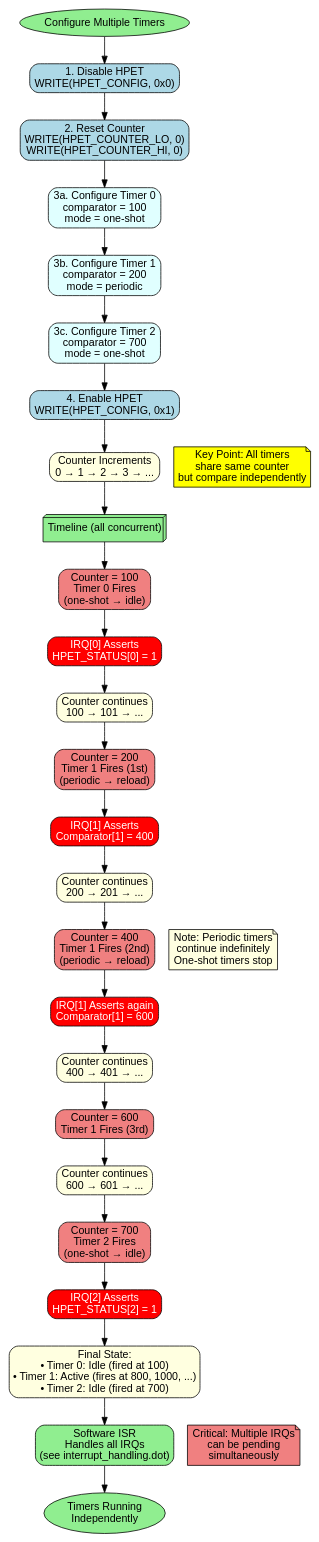
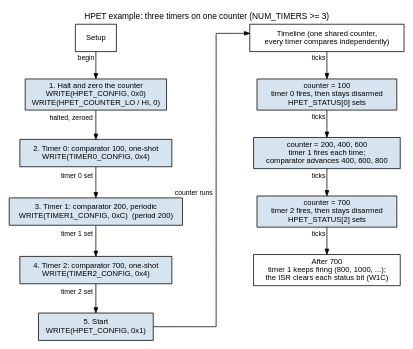
The diagram in projects/components/legacy-ip/retro_legacy_blocks/docs/hpet_mas/assets/graphviz/multi_timer_concurrent.dot (sean-galloway/RTLDesignSherpa), drawn with Graphviz before and after one commit. The commit also changed 323 other files, not shown here.

```diff
--- a/projects/components/legacy-ip/retro_legacy_blocks/docs/hpet_mas/assets/graphviz/multi_timer_concurrent.dot
+++ b/projects/components/legacy-ip/retro_legacy_blocks/docs/hpet_mas/assets/graphviz/multi_timer_concurrent.dot
@@ -1,92 +1,43 @@
-// HPET Multi-Timer Concurrent Operation
-// Render with: dot -Tpng multi_timer_concurrent.dot -o multi_timer_concurrent.png
+// HPET multi-timer example - a procedure plus a timeline, in the house
+// decision-tree vocabulary (white milestones, blue actions, every arrow
+// labeled). Setup on the left, the counter timeline on the right, so the
+// figure stays inside the 0.7 .. 2.5 aspect band. Needs NUM_TIMERS >= 3
+// (the default build has 2).
+digraph multi_timer_concurrent {
+    graph [rankdir=TB, bgcolor="white", fontname="Helvetica", fontsize=11,
+           nodesep="0.45", ranksep="0.50", splines=ortho, newrank=true,
+           label="HPET example: three timers on one counter (NUM_TIMERS >= 3)", labelloc=t, labeljust=c];
+    node  [fontname="Helvetica", fontsize=10, shape=box, style=filled,
+           fillcolor="#D6E4F0", color="black", margin="0.12,0.06"];
+    edge  [fontname="Helvetica", fontsize=9, color="black", arrowsize=0.7];
+    s0 [group=A, label="Setup", fillcolor="white"];
+    s1 [group=A, label="1. Halt and zero the counter\nWRITE(HPET_CONFIG, 0x0)\nWRITE(HPET_COUNTER_LO / HI, 0)"];
+    s2 [group=A, label="2. Timer 0: comparator 100, one-shot\nWRITE(TIMER0_CONFIG, 0x4)"];
+    s3 [group=A, label="3. Timer 1: comparator 200, periodic\nWRITE(TIMER1_CONFIG, 0xC)  (period 200)"];
+    s4 [group=A, label="4. Timer 2: comparator 700, one-shot\nWRITE(TIMER2_CONFIG, 0x4)"];
+    s5 [group=A, label="5. Start\nWRITE(HPET_CONFIG, 0x1)"];
 
-digraph multi_timer_concurrent {
-    rankdir=TB;
-    node [shape=box, style="rounded,filled", fillcolor=lightblue, fontname="Arial"];
-    edge [fontname="Arial"];
+    t0 [group=B, label="Timeline (one shared counter,\nevery timer compares independently)", fillcolor="white"];
+    t1 [group=B, label="counter = 100\ntimer 0 fires, then stays disarmed\nHPET_STATUS[0] sets"];
+    t2 [group=B, label="counter = 200, 400, 600\ntimer 1 fires each time;\ncomparator advances 400, 600, 800"];
+    t3 [group=B, label="counter = 700\ntimer 2 fires, then stays disarmed\nHPET_STATUS[2] sets"];
+    t4 [group=B, label="After 700\ntimer 1 keeps firing (800, 1000, ...);\nthe ISR clears each status bit (W1C)", fillcolor="white"];
 
-    start [label="Configure Multiple Timers", shape=ellipse, fillcolor=lightgreen];
+    s0 -> s1 [xlabel="begin"];
+    s1 -> s2 [xlabel="halted, zeroed"];
+    s2 -> s3 [xlabel="timer 0 set"];
+    s3 -> s4 [xlabel="timer 1 set"];
+    s4 -> s5 [xlabel="timer 2 set"];
+    s5 -> t0 [xlabel="counter runs", constraint=false];
+    t0 -> t1 [xlabel="ticks"];
+    t1 -> t2 [xlabel="ticks"];
+    t2 -> t3 [xlabel="ticks"];
+    t3 -> t4 [xlabel="ticks"];
 
-    start -> disable_all;
-
-    disable_all [label="1. Disable HPET\nWRITE(HPET_CONFIG, 0x0)"];
-    disable_all -> reset_counter;
-
-    reset_counter [label="2. Reset Counter\nWRITE(HPET_COUNTER_LO, 0)\nWRITE(HPET_COUNTER_HI, 0)"];
-    reset_counter -> config_timer0;
-
-    config_timer0 [label="3a. Configure Timer 0\ncomparator = 100\nmode = one-shot", fillcolor=lightcyan];
-    config_timer0 -> config_timer1;
-
-    config_timer1 [label="3b. Configure Timer 1\ncomparator = 200\nmode = periodic", fillcolor=lightcyan];
-    config_timer1 -> config_timer2;
-
-    config_timer2 [label="3c. Configure Timer 2\ncomparator = 700\nmode = one-shot", fillcolor=lightcyan];
-    config_timer2 -> enable_hpet;
-
-    enable_hpet [label="4. Enable HPET\nWRITE(HPET_CONFIG, 0x1)"];
-    enable_hpet -> counter_runs;
-
-    counter_runs [label="Counter Increments\n0 → 1 → 2 → 3 → ...", fillcolor=lightyellow];
-    counter_runs -> timeline;
-
-    timeline [label="Timeline (all concurrent)", shape=box3d, fillcolor=lightgreen];
-    timeline -> timer0_fires;
-
-    timer0_fires [label="Counter = 100\nTimer 0 Fires\n(one-shot → idle)", fillcolor=lightcoral];
-    timer0_fires -> irq0;
-
-    irq0 [label="IRQ[0] Asserts\nHPET_STATUS[0] = 1", fillcolor=red, fontcolor=white];
-    irq0 -> continue1;
-
-    continue1 [label="Counter continues\n100 → 101 → ...", fillcolor=lightyellow];
-    continue1 -> timer1_fires;
-
-    timer1_fires [label="Counter = 200\nTimer 1 Fires (1st)\n(periodic → reload)", fillcolor=lightcoral];
-    timer1_fires -> irq1;
-
-    irq1 [label="IRQ[1] Asserts\nComparator[1] = 400", fillcolor=red, fontcolor=white];
-    irq1 -> continue2;
-
-    continue2 [label="Counter continues\n200 → 201 → ...", fillcolor=lightyellow];
-    continue2 -> timer1_fires2;
-
-    timer1_fires2 [label="Counter = 400\nTimer 1 Fires (2nd)\n(periodic → reload)", fillcolor=lightcoral];
-    timer1_fires2 -> irq1_2;
-
-    irq1_2 [label="IRQ[1] Asserts again\nComparator[1] = 600", fillcolor=red, fontcolor=white];
-    irq1_2 -> continue3;
-
-    continue3 [label="Counter continues\n400 → 401 → ...", fillcolor=lightyellow];
-    continue3 -> timer1_fires3;
-
-    timer1_fires3 [label="Counter = 600\nTimer 1 Fires (3rd)", fillcolor=lightcoral];
-    timer1_fires3 -> continue4;
-
-    continue4 [label="Counter continues\n600 → 601 → ...", fillcolor=lightyellow];
-    continue4 -> timer2_fires;
-
-    timer2_fires [label="Counter = 700\nTimer 2 Fires\n(one-shot → idle)", fillcolor=lightcoral];
-    timer2_fires -> irq2;
-
-    irq2 [label="IRQ[2] Asserts\nHPET_STATUS[2] = 1", fillcolor=red, fontcolor=white];
-    irq2 -> final_state;
-
-    final_state [label="Final State:\n• Timer 0: Idle (fired at 100)\n• Timer 1: Active (fires at 800, 1000, ...)\n• Timer 2: Idle (fired at 700)", fillcolor=lightyellow];
-    final_state -> sw_handles;
-
-    sw_handles [label="Software ISR\nHandles all IRQs\n(see interrupt_handling.dot)", fillcolor=lightgreen];
-    sw_handles -> end;
-
-    end [label="Timers Running\nIndependently", shape=ellipse, fillcolor=lightgreen];
-
-    // Notes
-    note1 [label="Key Point: All timers\nshare same counter\nbut compare independently", shape=note, fillcolor=yellow, style=filled];
-    note2 [label="Note: Periodic timers\ncontinue indefinitely\nOne-shot timers stop", shape=note, fillcolor=lightyellow, style=filled];
-    note3 [label="Critical: Multiple IRQs\ncan be pending\nsimultaneously", shape=note, fillcolor=lightcoral, style=filled];
-
-    {rank=same; counter_runs; note1;}
-    {rank=same; timer1_fires2; note2;}
-    {rank=same; sw_handles; note3;}
+    { rank=same; s0; t0; }
+    { rank=same; s1; t1; }
+    { rank=same; s2; t2; }
+    { rank=same; s3; t3; }
+    { rank=same; s4; t4; }
+    s0 -> t0 [style=invis, minlen=4];
 }
```
